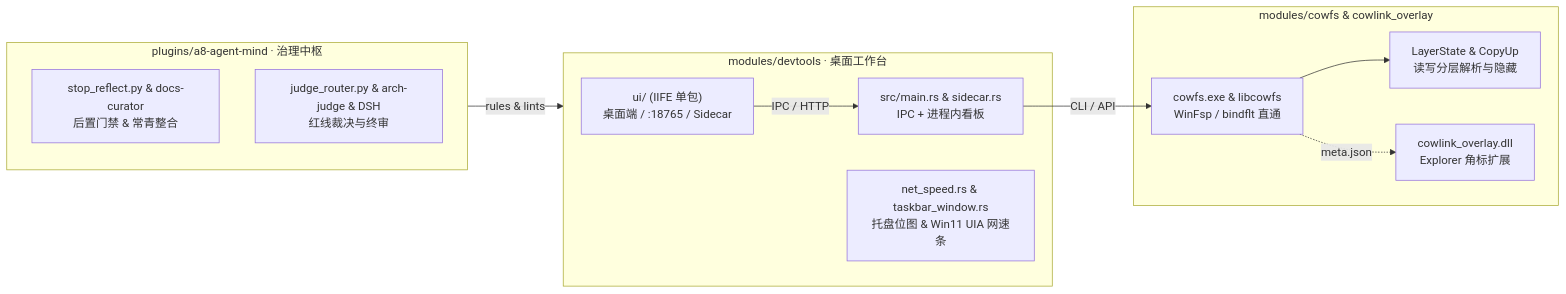
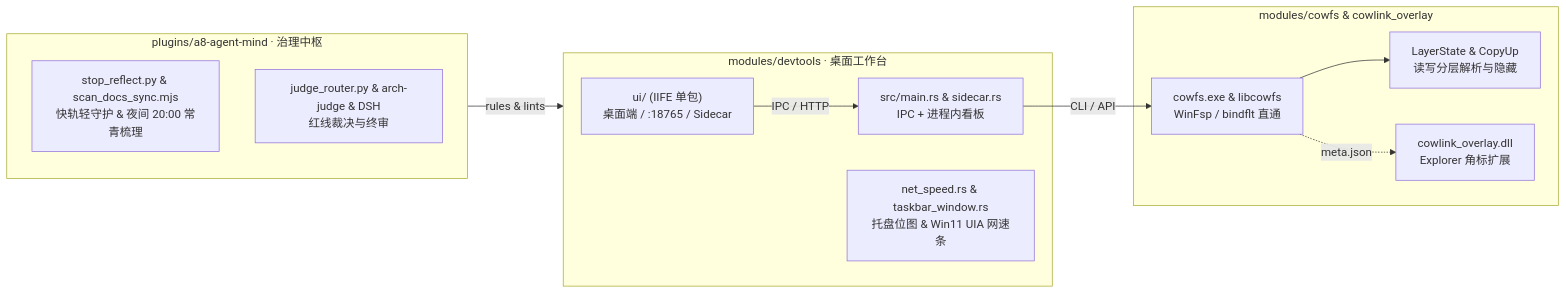
Before and after one commit to 007slm/a8-devtools: the diagram in AGENTS.md, drawn with Mermaid. The commit also changed other lines of this file and 41 other files, not shown here.

Commit message:
feat(a8-agent-mind,devtools): 落地a8-workflow与独立验证地图、快慢双轨文档治理及交互式Improve卡片

````diff
--- a/AGENTS.md
+++ b/AGENTS.md
@@ -10,25 +10,25 @@
 ```mermaid
 flowchart LR
     subgraph DevTools["modules/devtools · 桌面工作台"]
         UI["ui/ (IIFE 单包)<br/>桌面端 / :18765 / Sidecar"]
         TauriCore["src/main.rs & sidecar.rs<br/>IPC + 进程内看板"]
         TrayEngine["net_speed.rs & taskbar_window.rs<br/>托盘位图 & Win11 UIA 网速条"]
     end
 
     subgraph CowFS["modules/cowfs & cowlink_overlay"]
         WinFsp["cowfs.exe & libcowfs<br/>WinFsp / bindflt 直通"]
         State["LayerState & CopyUp<br/>读写分层解析与隐藏"]
         Overlay["cowlink_overlay.dll<br/>Explorer 角标扩展"]
     end
 
     subgraph Mind["plugins/a8-agent-mind · 治理中枢"]
-        Hooks["stop_reflect.py & docs-curator<br/>后置门禁 & 常青整合"]
+        Hooks["stop_reflect.py & scan_docs_sync.mjs<br/>快轨轻守护 & 夜间 20:00 常青梳理"]
         Judge["judge_router.py & arch-judge & DSH<br/>红线裁决与终审"]
     end
 
     UI -->|IPC / HTTP| TauriCore
     TauriCore -->|CLI / API| WinFsp
     WinFsp --> State
     WinFsp -.->|meta.json| Overlay
     Mind -->|rules & lints| DevTools
 ```
````
